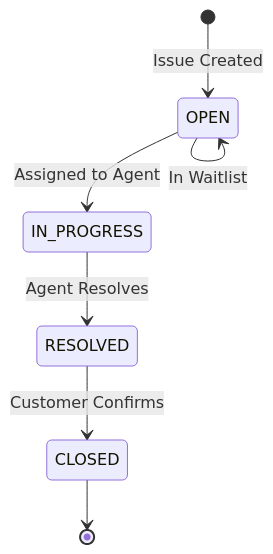
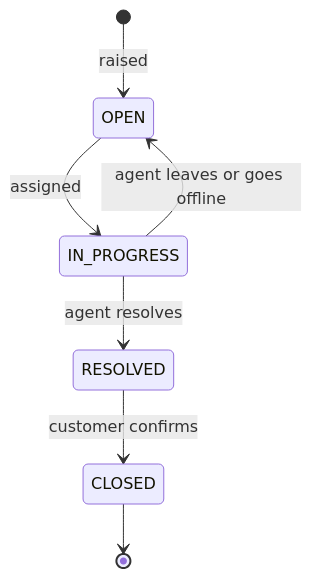
The second of 3 diagrams in lld/customer_support/README.md (SoupikChowdhury/cpp-lld), drawn with Mermaid before and after one commit. The commit also changed other lines of this file and 9 other files, not shown here.

````diff
--- a/lld/customer_support/README.md
+++ b/lld/customer_support/README.md
@@ -171,9 +154,9 @@
 ```mermaid
 stateDiagram-v2
-    [*] --> OPEN : Issue Created
-    OPEN --> IN_PROGRESS : Assigned to Agent
-    OPEN --> OPEN : In Waitlist
-    IN_PROGRESS --> RESOLVED : Agent Resolves
-    RESOLVED --> CLOSED : Customer Confirms
+    [*] --> OPEN : raised
+    OPEN --> IN_PROGRESS : assigned
+    IN_PROGRESS --> OPEN : agent leaves or goes offline
+    IN_PROGRESS --> RESOLVED : agent resolves
+    RESOLVED --> CLOSED : customer confirms
     CLOSED --> [*]
 ```
````
